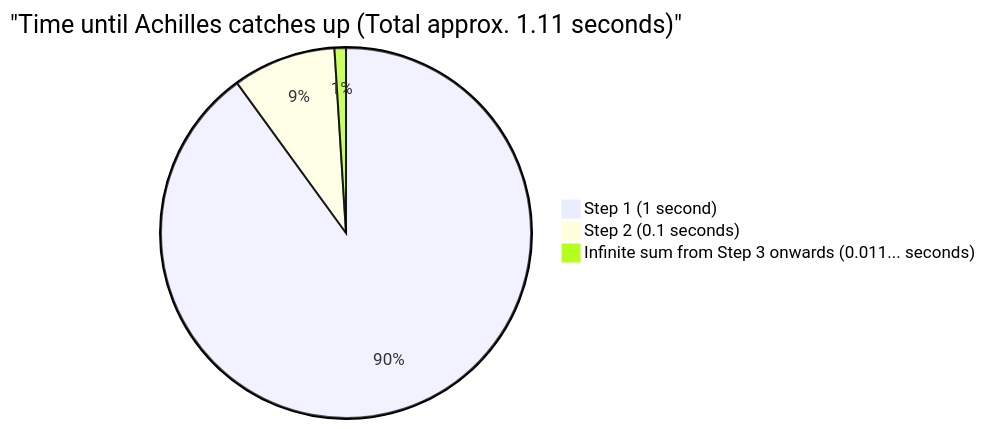
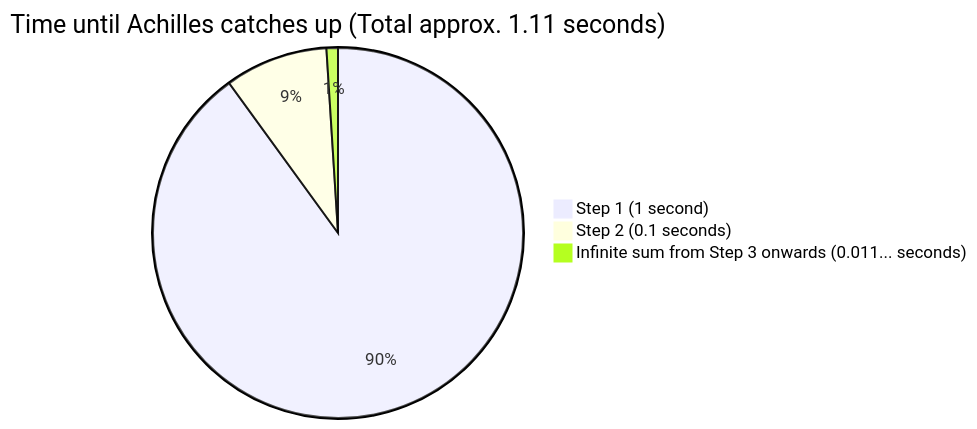
Before and after one commit to kenjinote/blog: the second of 2 diagrams in content/post/アキレスと亀/index.en.md, drawn with Mermaid. The commit also changed other lines of this file and 703 other files, not shown here.

Commit message:
Fix: Remove quotes from Mermaid link texts and timeline definitions to support Mermaid 11.4.1

````diff
--- a/content/post/アキレスと亀/index.en.md
+++ b/content/post/アキレスと亀/index.en.md
@@ -116,6 +116,6 @@
 ```mermaid
-pie title "Time until Achilles catches up (Total approx. 1.11 seconds)"
+pie title Time until Achilles catches up (Total approx. 1.11 seconds)
     "Step 1 (1 second)" : 90
     "Step 2 (0.1 seconds)" : 9
     "Infinite sum from Step 3 onwards (0.011... seconds)" : 1
 ```
````
